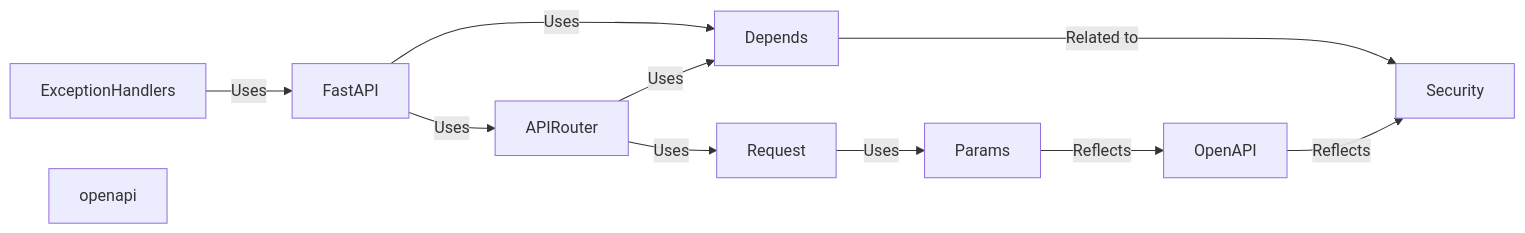
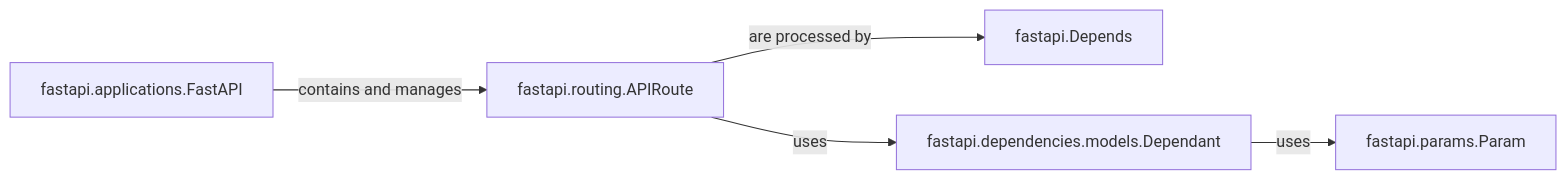
The diagram in fastapi/Dependency_Injection.md (CodeBoarding/GeneratedOnBoardings), drawn with Mermaid before and after one commit. The commit also changed other lines of this file and 6 other files, not shown here.

````diff
--- a/fastapi/Dependency_Injection.md
+++ b/fastapi/Dependency_Injection.md
@@ -1,20 +1,12 @@
 ```mermaid
 graph LR
-    FastAPI["FastAPI"]
-    APIRouter["APIRouter"]
-    Depends["Depends"]
-    Request["Request"]
-    Params["Params"]
-    Security["Security"]
-    ExceptionHandlers["ExceptionHandlers"]
-    openapi["openapi"]
-    FastAPI -- "Uses" --> Depends
-    FastAPI -- "Uses" --> APIRouter
-    APIRouter -- "Uses" --> Depends
-    APIRouter -- "Uses" --> Request
-    Depends -- "Related to" --> Security
-    Request -- "Uses" --> Params
-    Params -- "Reflects" --> OpenAPI
-    OpenAPI -- "Reflects" --> Security
-    ExceptionHandlers -- "Uses" --> FastAPI
+    fastapi_Depends["fastapi.Depends"]
+    fastapi_dependencies_models_Dependant["fastapi.dependencies.models.Dependant"]
+    fastapi_params_Param["fastapi.params.Param"]
+    fastapi_routing_APIRoute["fastapi.routing.APIRoute"]
+    fastapi_applications_FastAPI["fastapi.applications.FastAPI"]
+    fastapi_routing_APIRoute -- "uses" --> fastapi_dependencies_models_Dependant
+    fastapi_applications_FastAPI -- "contains and manages" --> fastapi_routing_APIRoute
+    fastapi_dependencies_models_Dependant -- "uses" --> fastapi_params_Param
+    fastapi_routing_APIRoute -- "are processed by" --> fastapi_Depends
 ```
````
